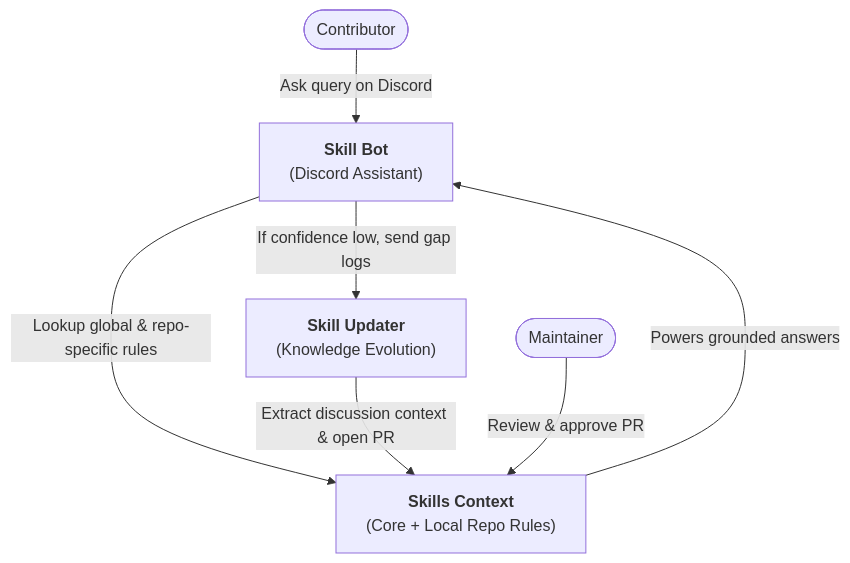
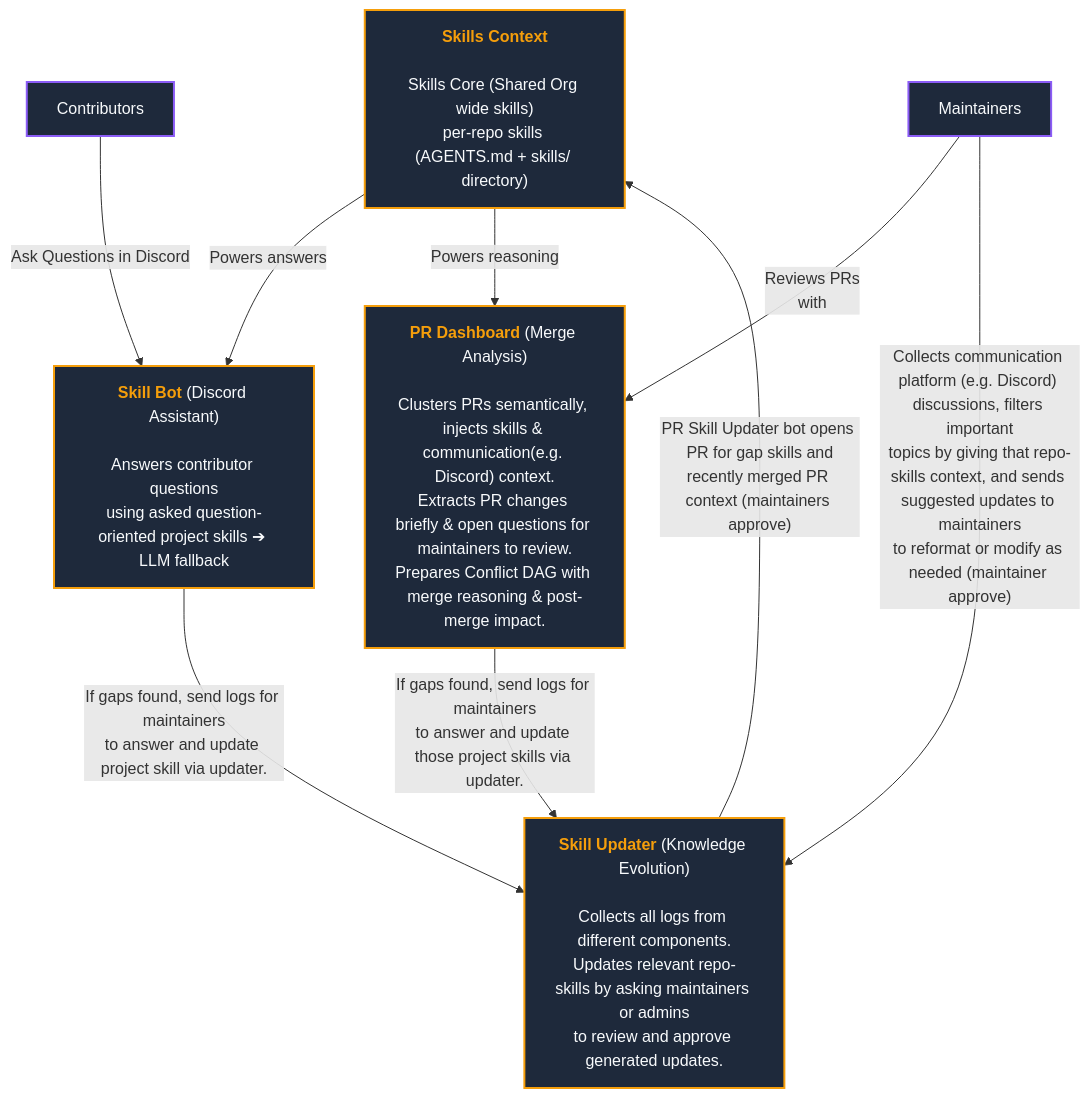
Before and after one commit to kpj2006/SkillBot: the diagram in README.md, drawn with Mermaid.

Commit message:
update architecture flow

````diff
--- a/README.md
+++ b/README.md
@@ -67,9 +67,33 @@
 ```mermaid
 flowchart TD
-    Contributor(["Contributor"]) -- "Ask query on Discord" --> SB["<b>Skill Bot</b><br>(Discord Assistant)"]
-    SB -- "Lookup global & repo-specific rules" --> SC["<b>Skills Context</b><br>(Core + Local Repo Rules)"]
-    SC -- "Powers grounded answers" --> SB
-    SB -- "If confidence low, send gap logs" --> SU["<b>Skill Updater</b><br>(Knowledge Evolution)"]
-    SU -- "Extract discussion context & open PR" --> SC
-    Maintainer(["Maintainer"]) -- "Review & approve PR" --> SC
+    %% Nodes
+    SC["<b><font color='#F59E0B'>Skills Context</font></b><br><br>Skills Core (Shared Org wide skills)<br>per-repo skills (AGENTS.md + skills/ directory)"]
+    Contributors["Contributors"]
+    Maintainers["Maintainers"]
+    
+    SB["<b><font color='#F59E0B'>Skill Bot</font></b> (Discord Assistant)<br><br>Answers contributor questions<br>using asked question-oriented project skills ➔ LLM fallback"]
+    PD["<b><font color='#F59E0B'>PR Dashboard</font></b> (Merge Analysis)<br><br>Clusters PRs semantically, injects skills & communication(e.g. Discord) context.<br>Extracts PR changes briefly & open questions for maintainers to review.<br>Prepares Conflict DAG with merge reasoning & post-merge impact."]
+    SU["<b><font color='#F59E0B'>Skill Updater</font></b> (Knowledge Evolution)<br><br>Collects all logs from different components.<br>Updates relevant repo-skills by asking maintainers or admins<br>to review and approve generated updates."]
+
+    %% Edges
+    %% Contributor Flow
+    Contributors -- "Ask Questions in Discord" --> SB
+    SC -- "Powers answers" --> SB
+    SB -- "If gaps found, send logs for maintainers<br>to answer and update project skill via updater." --> SU
+
+    %% Maintainer Flow
+    Maintainers -- "Reviews PRs<br>with" --> PD
+    SC -- "Powers reasoning" --> PD
+    PD -- "If gaps found, send logs for maintainers<br>to answer and update those project skills via updater." --> SU
+
+    %% Feedback Loop & Sync
+    Maintainers -- "Collects communication platform (e.g. Discord) discussions, filters important<br>topics by giving that repo-skills context, and sends suggested updates to maintainers<br>to reformat or modify as needed (maintainer approve)" --> SU
+    SU -- "PR Skill Updater bot opens PR for gap skills and<br>recently merged PR context (maintainers approve)" --> SC
+
+    %% Style Classes
+    classDef yellowBox fill:#1E293B,stroke:#F59E0B,stroke-width:2px,color:#F8FAFC;
+    classDef purpleBox fill:#1E293B,stroke:#8B5CF6,stroke-width:2px,color:#F8FAFC;
+    
+    class SC,SB,PD,SU yellowBox;
+    class Contributors,Maintainers purpleBox;
 ```
````
